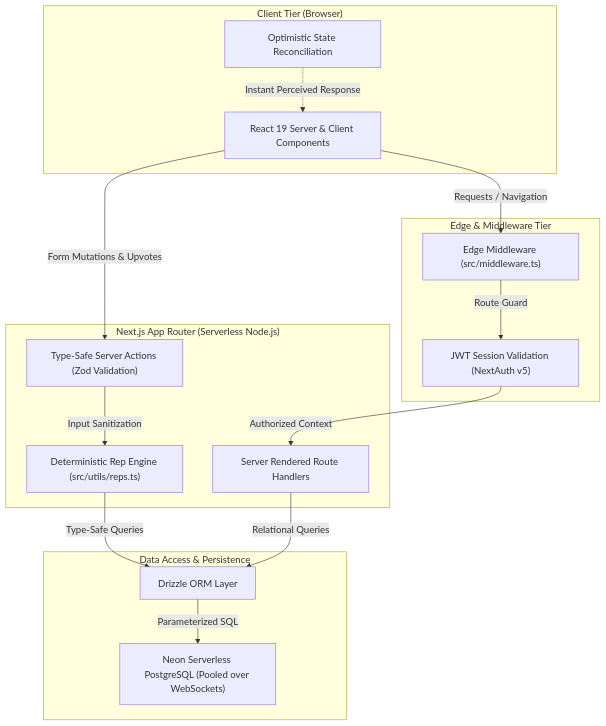
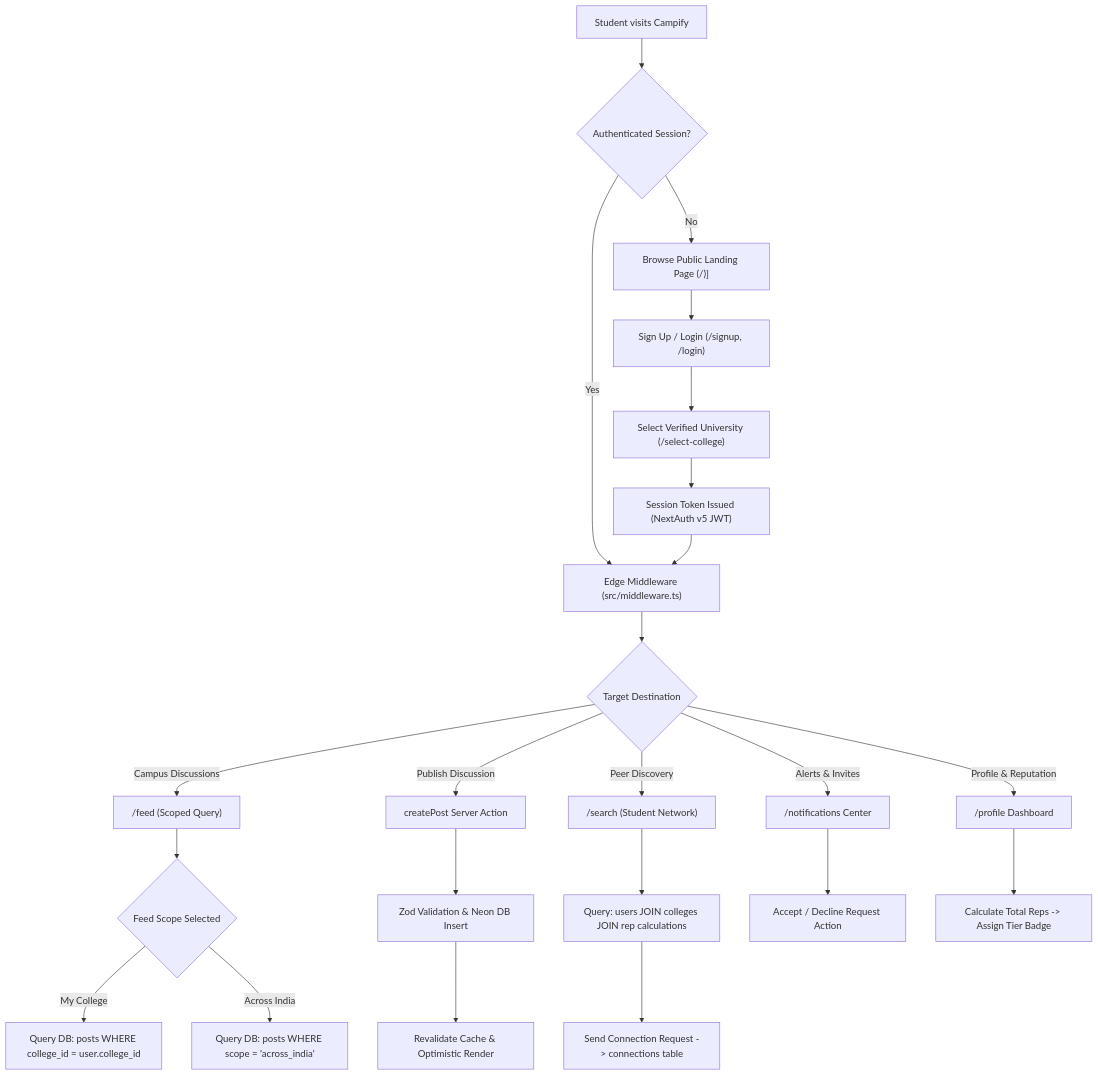
The first of 2 diagrams in README.md (vasanth642/Campify), drawn with Mermaid before and after one commit. The commit also changed other lines of this file, not shown here.

Commit message:
docs: author comprehensive production architectural documentation and setup guide

````diff
--- a/README.md
+++ b/README.md
@@ -11,33 +63,33 @@
 ```mermaid
 flowchart TD
-    subgraph ClientTier ["Client Tier (Browser)"]
-        UI["React 19 Server & Client Components"]
-        Optimistic["Optimistic State Reconciliation"]
-    end
-
-    subgraph EdgeTier ["Edge & Middleware Tier"]
-        Middleware["Edge Middleware (src/middleware.ts)"]
-        SessionStore["JWT Session Validation (NextAuth v5)"]
-    end
-
-    subgraph AppTier ["Next.js App Router (Serverless Node.js)"]
-        Routes["Server Rendered Route Handlers"]
-        Actions["Type-Safe Server Actions (Zod Validation)"]
-        RepEngine["Deterministic Rep Engine (src/utils/reps.ts)"]
-    end
-
-    subgraph DataTier ["Data Access & Persistence"]
-        Drizzle["Drizzle ORM Layer"]
-        Neon["Neon Serverless PostgreSQL (Pooled over WebSockets)"]
-    end
-
-    UI -->|"Requests / Navigation"| Middleware
-    Middleware -->|"Route Guard"| SessionStore
-    SessionStore -->|"Authorized Context"| Routes
-    UI -->|"Form Mutations & Upvotes"| Actions
-    Actions -->|"Input Sanitization"| RepEngine
-    RepEngine -->|"Type-Safe Queries"| Drizzle
-    Routes -->|"Relational Queries"| Drizzle
-    Drizzle -->|"Parameterized SQL"| Neon
-    Optimistic -.->|"Instant Perceived Response"| UI
+    A["Student visits Campify"] --> B{"Authenticated Session?"}
+    
+    B -->|"No"| C["Browse Public Landing Page (/)]"]
+    C --> D["Sign Up / Login (/signup, /login)"]
+    D --> E["Select Verified University (/select-college)"]
+    E --> F["Session Token Issued (NextAuth v5 JWT)"]
+    
+    B -->|"Yes"| G["Edge Middleware (src/middleware.ts)"]
+    F --> G
+    
+    G --> H{"Target Destination"}
+    
+    H -->|"Campus Discussions"| I["/feed (Scoped Query)"]
+    I --> J{"Feed Scope Selected"}
+    J -->|"My College"| K["Query DB: posts WHERE college_id = user.college_id"]
+    J -->|"Across India"| L["Query DB: posts WHERE scope = 'across_india'"]
+    
+    H -->|"Publish Discussion"| M["createPost Server Action"]
+    M --> N["Zod Validation & Neon DB Insert"]
+    N --> O["Revalidate Cache & Optimistic Render"]
+    
+    H -->|"Peer Discovery"| P["/search (Student Network)"]
+    P --> Q["Query: users JOIN colleges JOIN rep calculations"]
+    Q --> R["Send Connection Request -> connections table"]
+    
+    H -->|"Alerts & Invites"| S["/notifications Center"]
+    S --> T["Accept / Decline Request Action"]
+    
+    H -->|"Profile & Reputation"| U["/profile Dashboard"]
+    U --> V["Calculate Total Reps -> Assign Tier Badge"]
 ```
````
